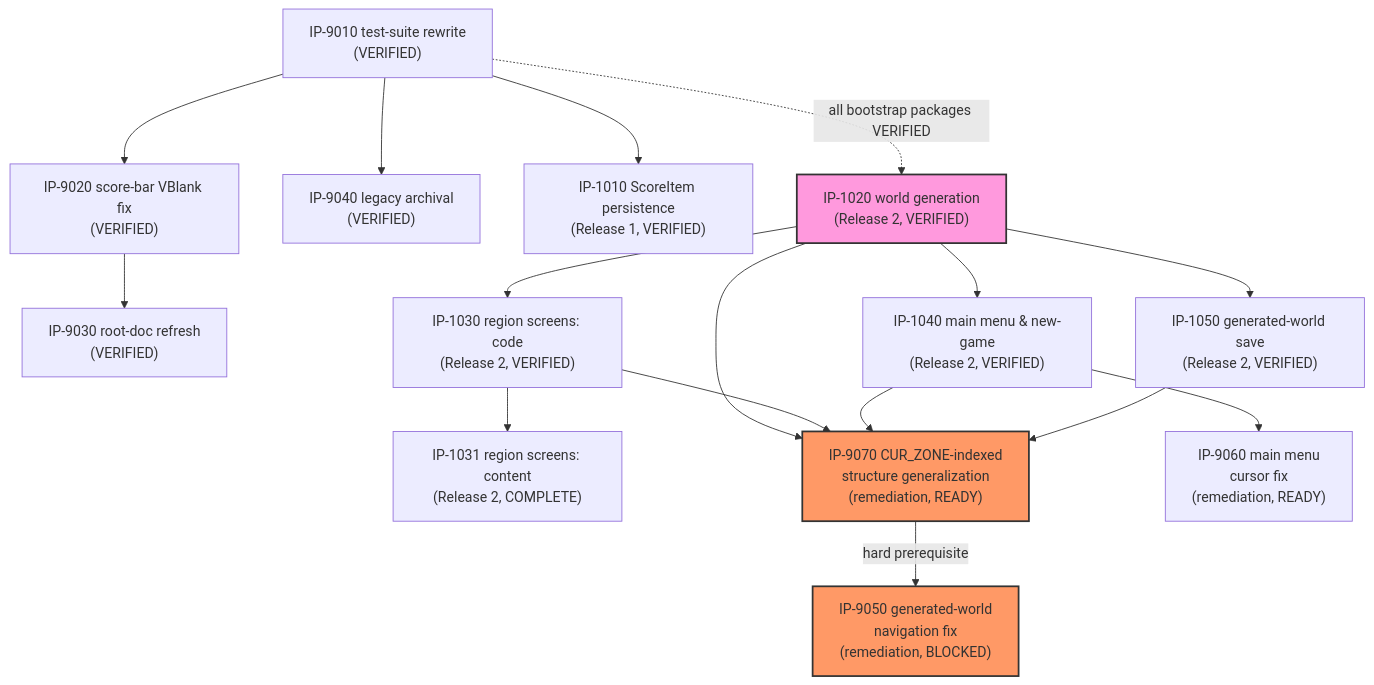
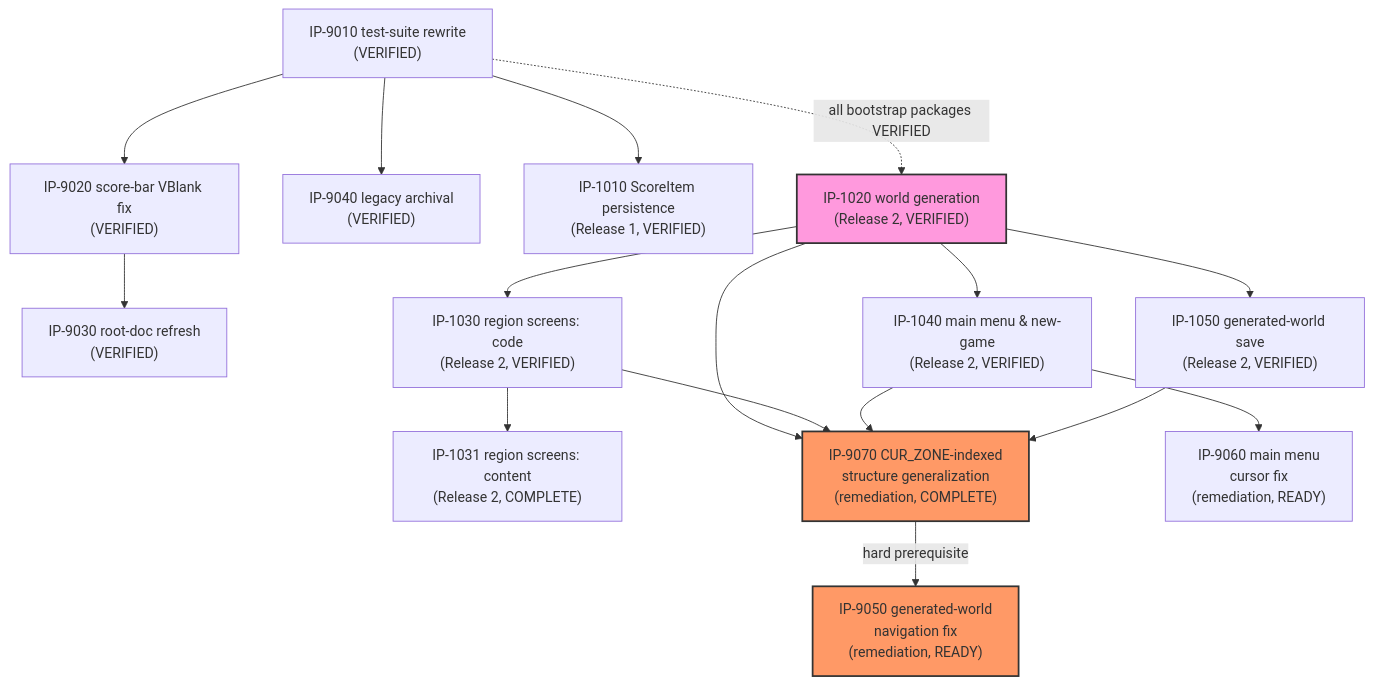
The diagram in docs/implementation/00-master-build-plan.md (Zabin/RsGame), drawn with Mermaid before and after one commit. The commit also changed other lines of this file and 12 other files, not shown here.

First line of the commit message:
feat(IP-9070): generalize CUR_ZONE-indexed structures for the full generated world

````diff
--- a/docs/implementation/00-master-build-plan.md
+++ b/docs/implementation/00-master-build-plan.md
@@ -64,38 +66,38 @@
 ```mermaid
 graph TD
     IP9010["IP-9010 test-suite rewrite<br/>(VERIFIED)"]
     IP9020["IP-9020 score-bar VBlank fix<br/>(VERIFIED)"]
     IP9030["IP-9030 root-doc refresh<br/>(VERIFIED)"]
     IP9040["IP-9040 legacy archival<br/>(VERIFIED)"]
     IP1010["IP-1010 ScoreItem persistence<br/>(Release 1, VERIFIED)"]
     IP9010 --> IP9020
     IP9010 --> IP9040
     IP9010 --> IP1010
     IP9020 --> IP9030
 
     IP1020["IP-1020 world generation<br/>(Release 2, VERIFIED)"]
     IP1030["IP-1030 region screens: code<br/>(Release 2, VERIFIED)"]
     IP1031["IP-1031 region screens: content<br/>(Release 2, COMPLETE)"]
     IP1040["IP-1040 main menu & new-game<br/>(Release 2, VERIFIED)"]
     IP1050["IP-1050 generated-world save<br/>(Release 2, VERIFIED)"]
     IP9010 -.all bootstrap packages VERIFIED.-> IP1020
     IP1020 --> IP1030
     IP1030 --> IP1031
     IP1020 --> IP1040
     IP1020 --> IP1050
 
     style IP1020 fill:#f9d,stroke:#333,stroke-width:2px
 
-    IP9070["IP-9070 CUR_ZONE-indexed<br/>structure generalization<br/>(remediation, READY)"]
-    IP9050["IP-9050 generated-world<br/>navigation fix<br/>(remediation, BLOCKED)"]
+    IP9070["IP-9070 CUR_ZONE-indexed<br/>structure generalization<br/>(remediation, COMPLETE)"]
+    IP9050["IP-9050 generated-world<br/>navigation fix<br/>(remediation, READY)"]
     IP9060["IP-9060 main menu<br/>cursor fix<br/>(remediation, READY)"]
     IP1020 --> IP9070
     IP1030 --> IP9070
     IP1040 --> IP9070
     IP1050 --> IP9070
     IP9070 -->|hard prerequisite| IP9050
     IP1040 --> IP9060
 
     style IP9070 fill:#f96,stroke:#333,stroke-width:2px
     style IP9050 fill:#f96,stroke:#333,stroke-width:2px
 ```
````
